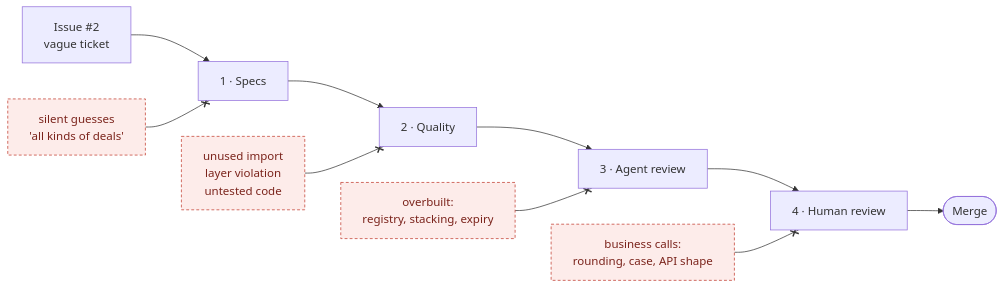
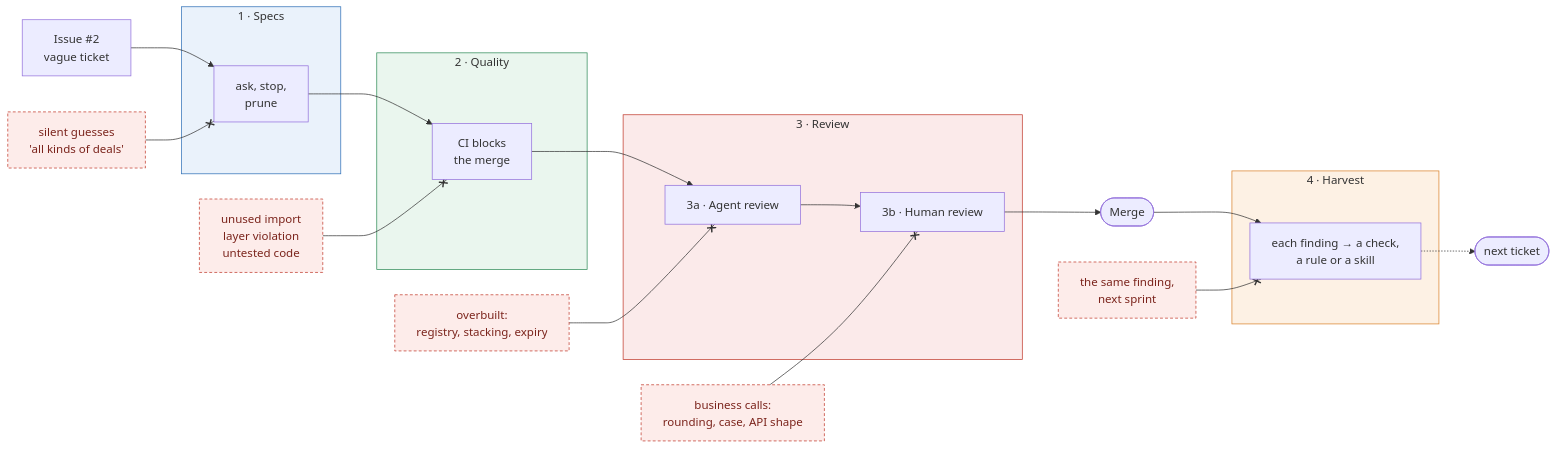
One commit to limsijie93/tt-masterclass-agentic-sdlc-lite changed the diagram in course/why.md. Above: the diagram before and after it, drawn with Mermaid. The commit also changed other lines of this file, not shown here.

Commit message:
why.md: show four blocks, Review as 3a/3b, and Harvest

````diff
--- a/course/why.md
+++ b/course/why.md
@@ -9,10 +9,30 @@
 ```mermaid
 flowchart LR
-  T["Issue #2<br/>vague ticket"] --> R["1 · Specs"] --> C["2 · Quality"] --> A["3 · Agent review"] --> H["4 · Human review"] --> M(["Merge"])
-  d1["silent guesses<br/>'all kinds of deals'"] --x R
-  d2["unused import<br/>layer violation<br/>untested code"] --x C
+  T["Issue #2<br/>vague ticket"] --> S
+  subgraph B1["1 · Specs"]
+    S["ask, stop,<br/>prune"]
+  end
+  subgraph B2["2 · Quality"]
+    Q["CI blocks<br/>the merge"]
+  end
+  subgraph B3["3 · Review"]
+    A["3a · Agent review"] --> H["3b · Human review"]
+  end
+  subgraph B4["4 · Harvest"]
+    V["each finding → a check,<br/>a rule or a skill"]
+  end
+  S --> Q --> A
+  H --> M(["Merge"]) --> V
+  V -.-> N(["next ticket"])
+  d1["silent guesses<br/>'all kinds of deals'"] --x S
+  d2["unused import<br/>layer violation<br/>untested code"] --x Q
   d3["overbuilt:<br/>registry, stacking, expiry"] --x A
   d4["business calls:<br/>rounding, case, API shape"] --x H
+  d5["the same finding,<br/>next sprint"] --x V
   classDef defect fill:#fdecea,stroke:#c0392b,stroke-dasharray:4 3,color:#7b241c
-  class d1,d2,d3,d4 defect
+  class d1,d2,d3,d4,d5 defect
+  style B1 fill:#eaf2fb,stroke:#2e6fb7
+  style B2 fill:#eaf6ee,stroke:#2e8b57
+  style B3 fill:#fbeaea,stroke:#c0392b
+  style B4 fill:#fdf1e4,stroke:#d9822b
 ```
````
